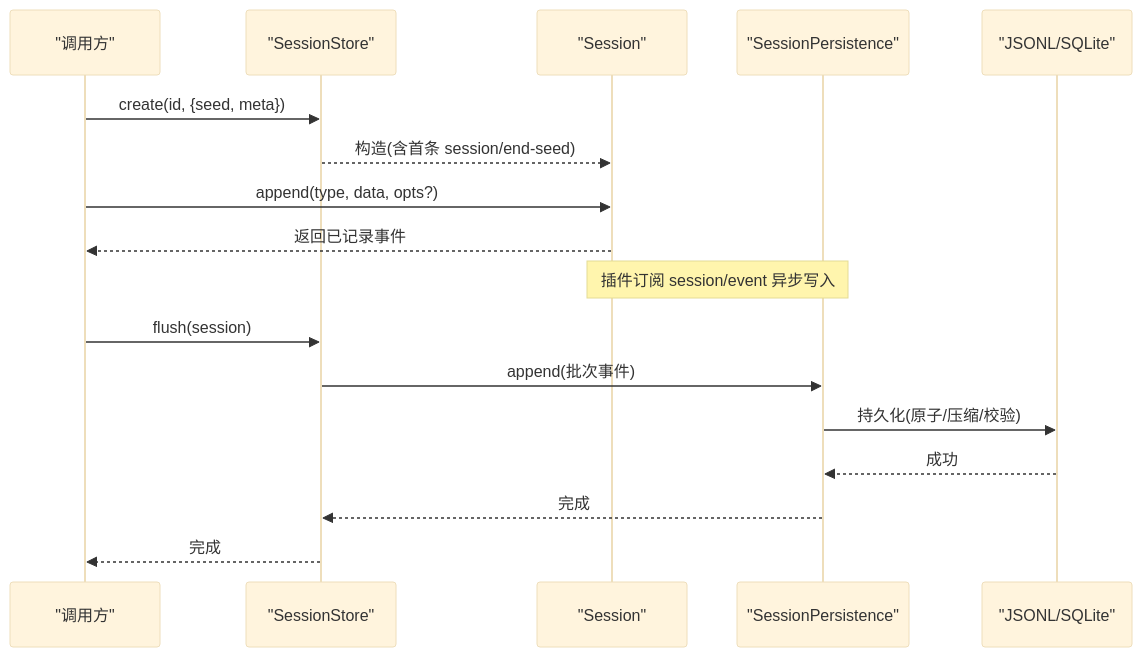
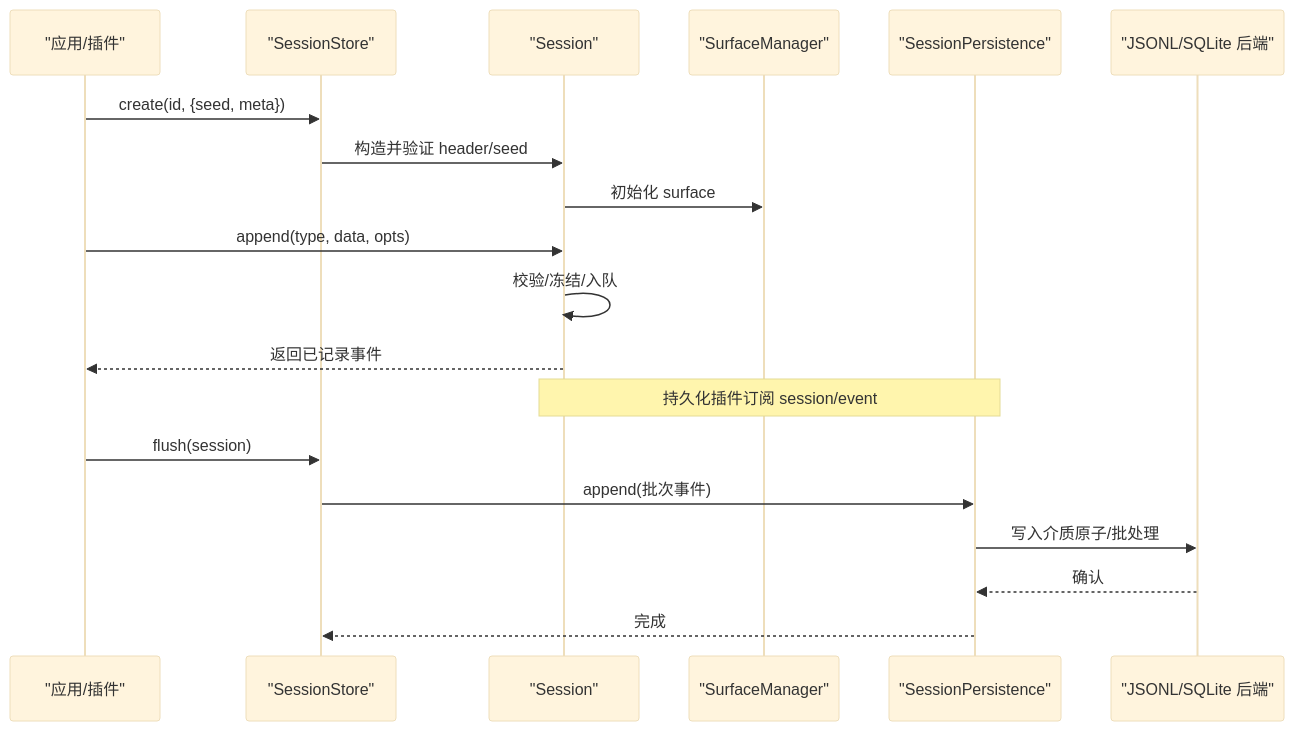
The second of 8 diagrams in .qoder/repowiki/zh/content/核心概念/会话管理.md (gongzili456/deepseek-harness), drawn with Mermaid (base theme) before and after one commit. The commit also changed other lines of this file and 1001 other files, not shown here.

````diff
--- a/.qoder/repowiki/zh/content/核心概念/会话管理.md
+++ b/.qoder/repowiki/zh/content/核心概念/会话管理.md
@@ -118,19 +94,21 @@
 ```mermaid
 sequenceDiagram
-participant App as "调用方"
+participant App as "应用/插件"
 participant Store as "SessionStore"
 participant Sess as "Session"
+participant Surf as "SurfaceManager"
 participant Pers as "SessionPersistence"
-participant Back as "JSONL/SQLite"
+participant Back as "JSONL/SQLite 后端"
 App->>Store : create(id, {seed, meta})
-Store-->>Sess : 构造(含首条 session/end-seed)
-App->>Sess : append(type, data, opts?)
+Store->>Sess : 构造并验证 header/seed
+Sess->>Surf : 初始化 surface
+App->>Sess : append(type, data, opts)
+Sess->>Sess : 校验/冻结/入队
 Sess-->>App : 返回已记录事件
-Note over Sess,Pers : 插件订阅 session/event 异步写入
+Note over Sess,Pers : 持久化插件订阅 session/event
 App->>Store : flush(session)
 Store->>Pers : append(批次事件)
-Pers->>Back : 持久化(原子/压缩/校验)
-Back-->>Pers : 成功
+Pers->>Back : 写入介质原子/批处理
+Back-->>Pers : 确认
 Pers-->>Store : 完成
-Store-->>App : 完成
 ```
````
